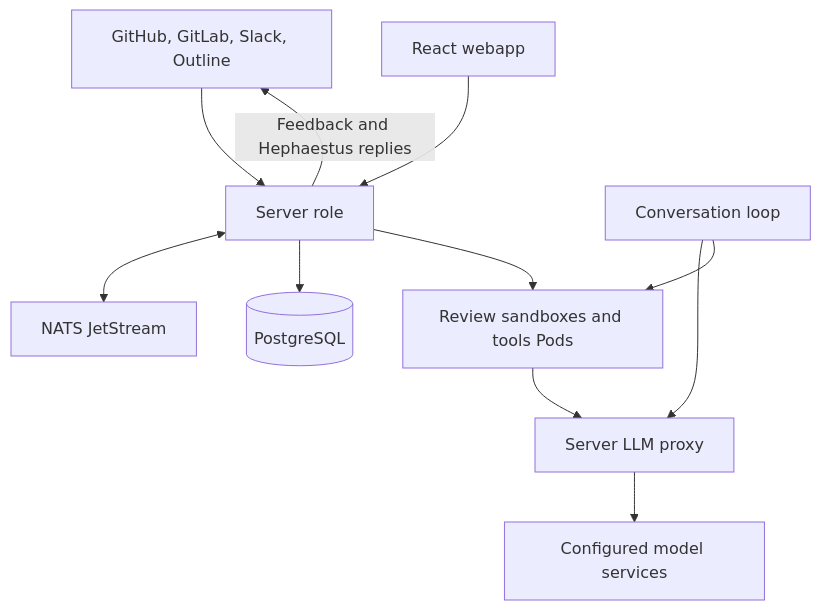
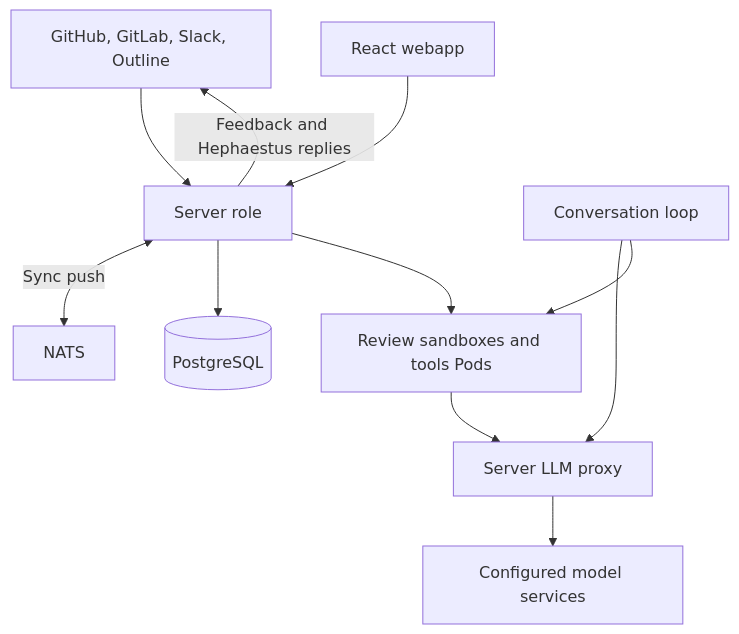
The first of 3 diagrams in docs/contributor/system-design.mdx (hephaestus-build/Hephaestus), drawn with Mermaid before and after one commit. The commit also changed other lines of this file and 38 other files, not shown here.

Commit message:
fix(server): admit provider work only for active connections

````diff
--- a/docs/contributor/system-design.mdx
+++ b/docs/contributor/system-design.mdx
@@ -10,15 +10,15 @@
 ```mermaid
 flowchart TB
     accTitle: Hephaestus runtime topology
-    accDescr: The webapp calls the server. The server's receiver verifies provider events and publishes them to NATS. The server consumes events and writes jobs and conversation turns to PostgreSQL. With sandboxes enabled, the server claims them from PostgreSQL and runs reviews in sandboxes. The conversation loop pulls conversation turns from the servers and runs their tools in tools Pods.
+    accDescr: The webapp calls the server. The server's receiver verifies provider events and stores admitted events in PostgreSQL. The server claims them and writes jobs and conversation turns to PostgreSQL. With sandboxes enabled, the server claims them from PostgreSQL and runs reviews in sandboxes. The conversation loop pulls conversation turns from the servers and runs their tools in tools Pods.
     Providers[GitHub, GitLab, Slack, Outline] --> Server[Server role]
-    Server <--> NATS[NATS JetStream]
+    Server <-->|Sync push| NATS[NATS]
     SPA[React webapp] --> Server
     Server --> DB[(PostgreSQL)]
     Server --> Sandbox[Review sandboxes and tools Pods]
     Loop[Conversation loop] --> Proxy
     Loop --> Sandbox
     Sandbox --> Proxy[Server LLM proxy]
     Proxy --> Models[Configured model services]
     Server -->|Feedback and Hephaestus replies| Providers
 ```
````
